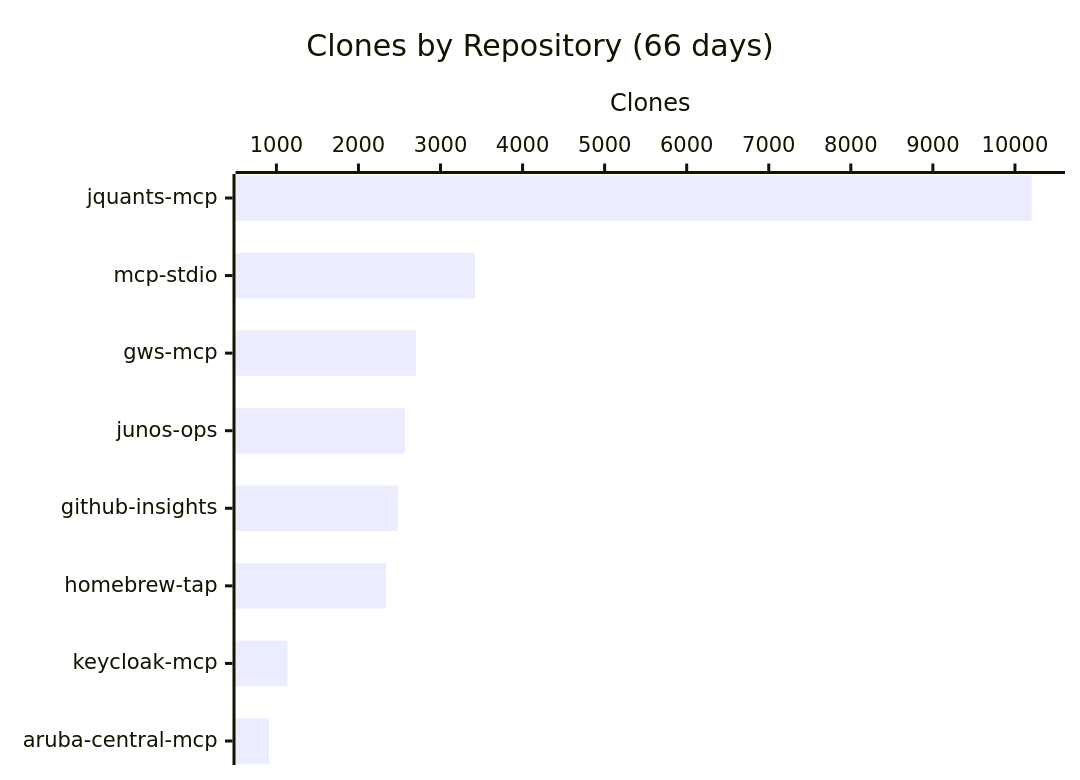
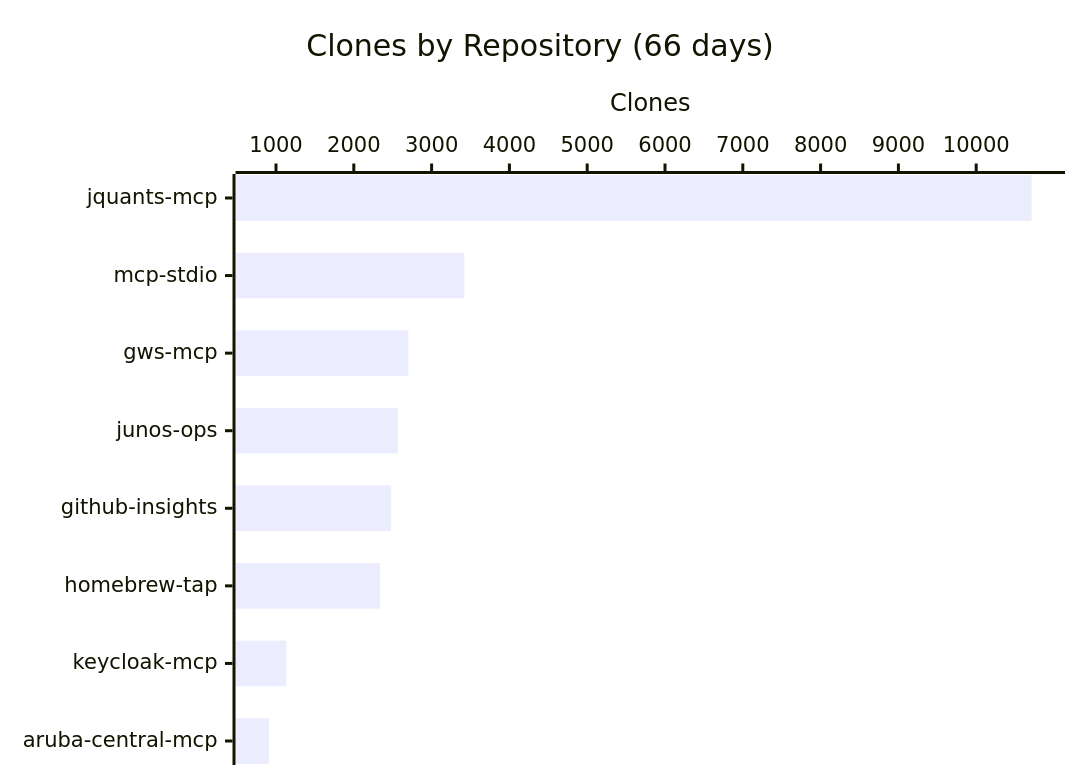
Before and after one commit to shigechika/github-insights: the third of 3 diagrams in README.md, drawn with Mermaid. The commit also changed other lines of this file and 2 other files, not shown here.

````diff
--- a/README.md
+++ b/README.md
@@ -38,7 +38,7 @@
 ```mermaid
 xychart-beta horizontal
     title "Clones by Repository (66 days)"
     x-axis ["jquants-mcp", "mcp-stdio", "gws-mcp", "junos-ops", "github-insights", "homebrew-tap", "keycloak-mcp", "aruba-central-mcp"]
     y-axis "Clones"
-    bar [10203, 3422, 2702, 2566, 2479, 2337, 1134, 909]
+    bar [10712, 3422, 2702, 2566, 2479, 2337, 1134, 909]
 ```
````
